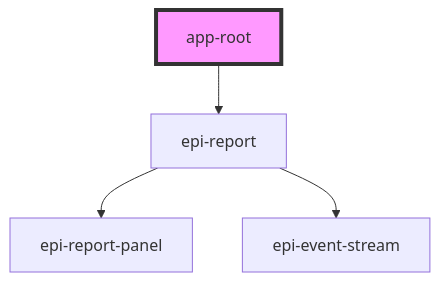
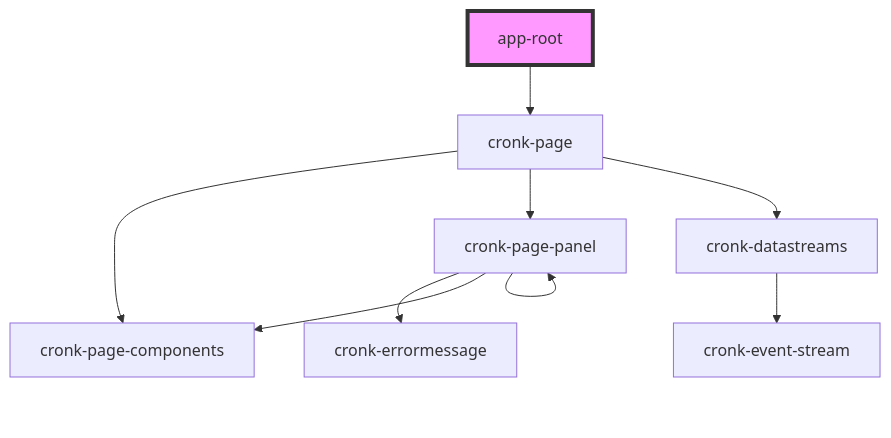
One commit to nanoporetech/cronkite changed the diagram in src/views/app-root/readme.md. Above: the diagram before and after it, drawn with Mermaid. The commit also changed other lines of this file and 76 other files, not shown here.

````diff
--- a/src/views/app-root/readme.md
+++ b/src/views/app-root/readme.md
@@ -22,7 +22,12 @@
 ```mermaid
 graph TD;
-  app-root --> epi-report
-  epi-report --> epi-report-panel
-  epi-report --> epi-event-stream
+  app-root --> cronk-page
+  cronk-page --> cronk-page-components
+  cronk-page --> cronk-page-panel
+  cronk-page --> cronk-datastreams
+  cronk-page-panel --> cronk-errormessage
+  cronk-page-panel --> cronk-page-components
+  cronk-page-panel --> cronk-page-panel
+  cronk-datastreams --> cronk-event-stream
   style app-root fill:#f9f,stroke:#333,stroke-width:4px
 ```
````
